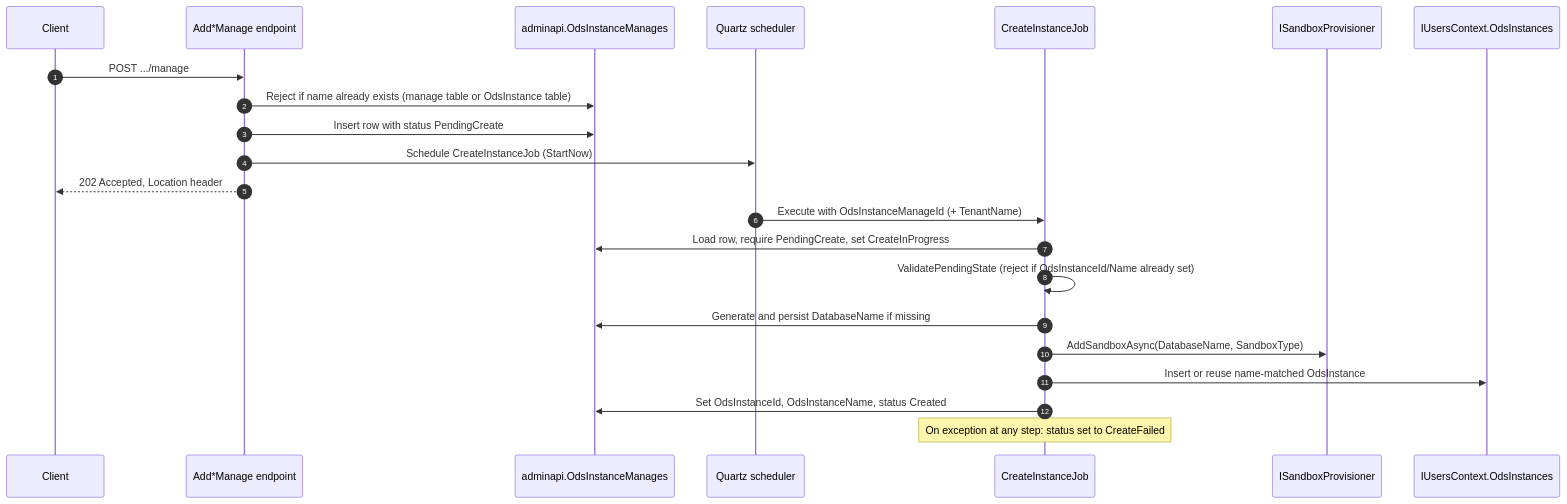
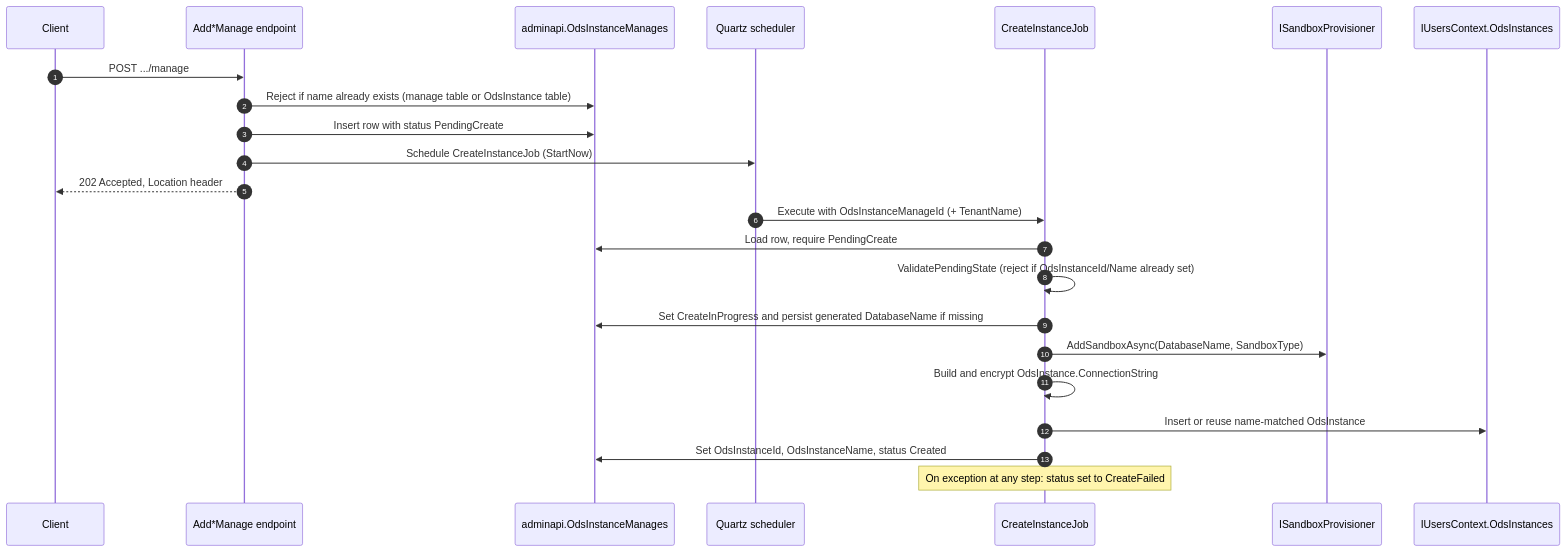
The second of 3 diagrams in docs/design/INSTANCE-MANAGEMENT.md (Ed-Fi-Alliance-OSS/ODS-Admin-API), drawn with Mermaid before and after one commit. The commit also changed other lines of this file and 1 other file, not shown here.

````diff
--- a/docs/design/INSTANCE-MANAGEMENT.md
+++ b/docs/design/INSTANCE-MANAGEMENT.md
@@ -245,25 +309,26 @@
 ```mermaid
 sequenceDiagram
     autonumber
     participant Client
     participant API as Add*Manage endpoint
     participant Db as adminapi.OdsInstanceManages
     participant Quartz as Quartz scheduler
     participant Worker as CreateInstanceJob
     participant Provisioner as ISandboxProvisioner
     participant Users as IUsersContext.OdsInstances
 
     Client->>API: POST .../manage
     API->>Db: Reject if name already exists (manage table or OdsInstance table)
     API->>Db: Insert row with status PendingCreate
     API->>Quartz: Schedule CreateInstanceJob (StartNow)
     API-->>Client: 202 Accepted, Location header
     Quartz->>Worker: Execute with OdsInstanceManageId (+ TenantName)
-    Worker->>Db: Load row, require PendingCreate, set CreateInProgress
+    Worker->>Db: Load row, require PendingCreate
     Worker->>Worker: ValidatePendingState (reject if OdsInstanceId/Name already set)
-    Worker->>Db: Generate and persist DatabaseName if missing
+    Worker->>Db: Set CreateInProgress and persist generated DatabaseName if missing
     Worker->>Provisioner: AddSandboxAsync(DatabaseName, SandboxType)
+    Worker->>Worker: Build and encrypt OdsInstance.ConnectionString
     Worker->>Users: Insert or reuse name-matched OdsInstance
     Worker->>Db: Set OdsInstanceId, OdsInstanceName, status Created
     Note over Worker: On exception at any step: status set to CreateFailed
 ```
````
